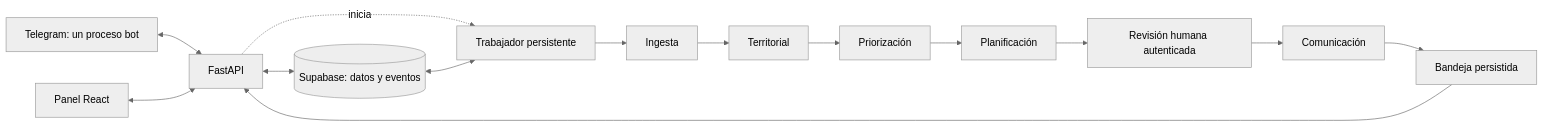
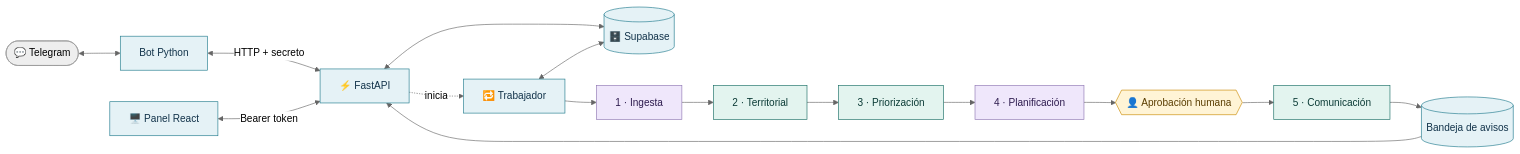
Before and after one commit to HackathonFISC/equipo-03: the first of 2 diagrams in README.md, drawn with Mermaid (neutral theme). The commit also changed other lines of this file and 2 other files, not shown here.

````diff
--- a/README.md
+++ b/README.md
@@ -22,16 +131,22 @@
 ```mermaid
 flowchart LR
-    T[Telegram: un proceso bot] <--> A[FastAPI]
-    R[Panel React] <--> A
-    A <--> S[(Supabase: datos y eventos)]
-    A -. inicia .-> W[Trabajador persistente]
-    S <--> W
-    W --> I[Ingesta]
-    I --> G[Territorial]
-    G --> P[Priorización]
-    P --> L[Planificación]
-    L --> H[Revisión humana autenticada]
-    H --> C[Comunicación]
-    C --> B[Bandeja persistida]
-    B --> A
+    T([💬 Telegram]) <--> B[Bot Python]
+    B <-->|HTTP + secreto| A[⚡ FastAPI]
+    P[🖥️ Panel React] <-->|Bearer token| A
+    A <--> S[(🗄️ Supabase)]
+    A -. inicia .-> W[🔁 Trabajador]
+    W <--> S
+    W --> I[1 · Ingesta] --> G[2 · Territorial] --> R[3 · Priorización] --> L[4 · Planificación]
+    L --> H{{👤 Aprobación humana}}
+    H --> C[5 · Comunicación] --> Q[(Bandeja de avisos)]
+    Q --> A
+
+    classDef ia fill:#efe7fb,stroke:#8E75B2,color:#2d1b4e
+    classDef det fill:#e3f4ef,stroke:#166c63,color:#0b3b36
+    classDef hum fill:#fff4d6,stroke:#c98a00,color:#5a3d00
+    classDef infra fill:#e5f2f6,stroke:#1f7a8c,color:#12334a
+    class I,L ia
+    class G,R,C det
+    class H hum
+    class A,W,S,Q,B,P infra
 ```
````
